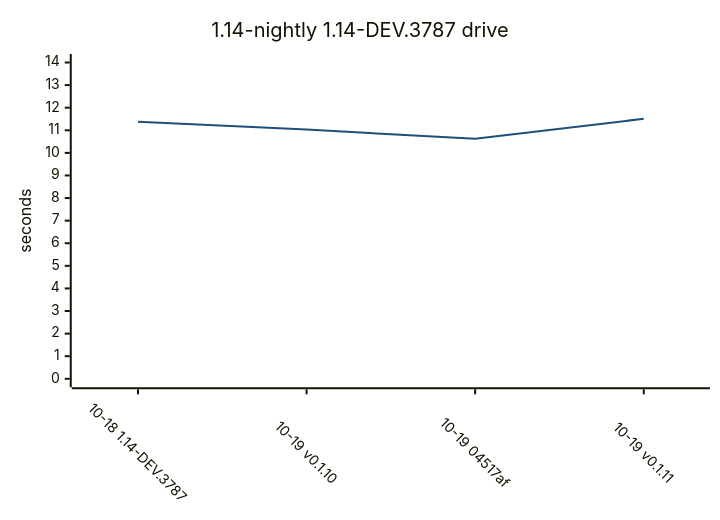
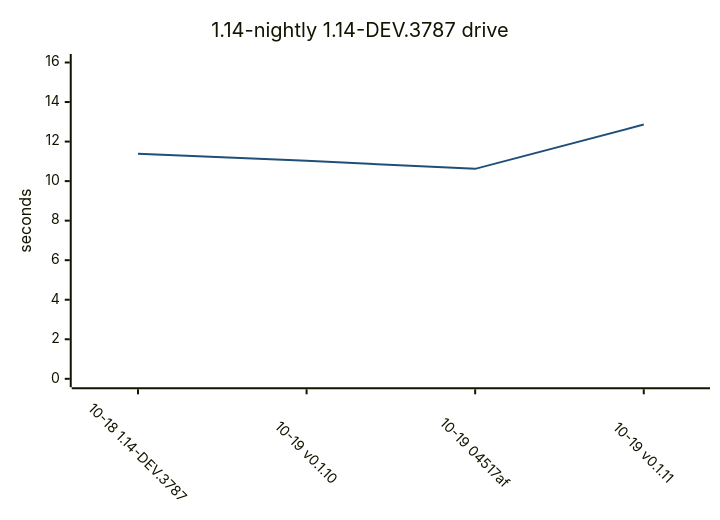
One commit to yamanori99/DistSSHRun.jl changed the sixth of 9 diagrams in README.md. Above: the diagram before and after it, drawn with Mermaid. The commit also changed other lines of this file and 1 other file, not shown here.

````diff
--- a/README.md
+++ b/README.md
@@ -198,17 +198,17 @@
 ```mermaid
 ---
 config:
   theme: base
   themeVariables:
     xyChart:
       plotColorPalette: "#1f4e79"
   xyChart:
     xAxis:
       labelRotation: 45
 ---
 xychart-beta
     title "1.14-nightly 1.14-DEV.3787 drive"
     x-axis ["10-18 1.14-DEV.3787", "10-19 v0.1.10", "10-19 04517af", "10-19 v0.1.11"]
-    y-axis "seconds" 0 --> 14
-    line [11.38, 11.03, 10.62, 11.51]
+    y-axis "seconds" 0 --> 16
+    line [11.38, 11.03, 10.62, 12.86]
 ```
````
